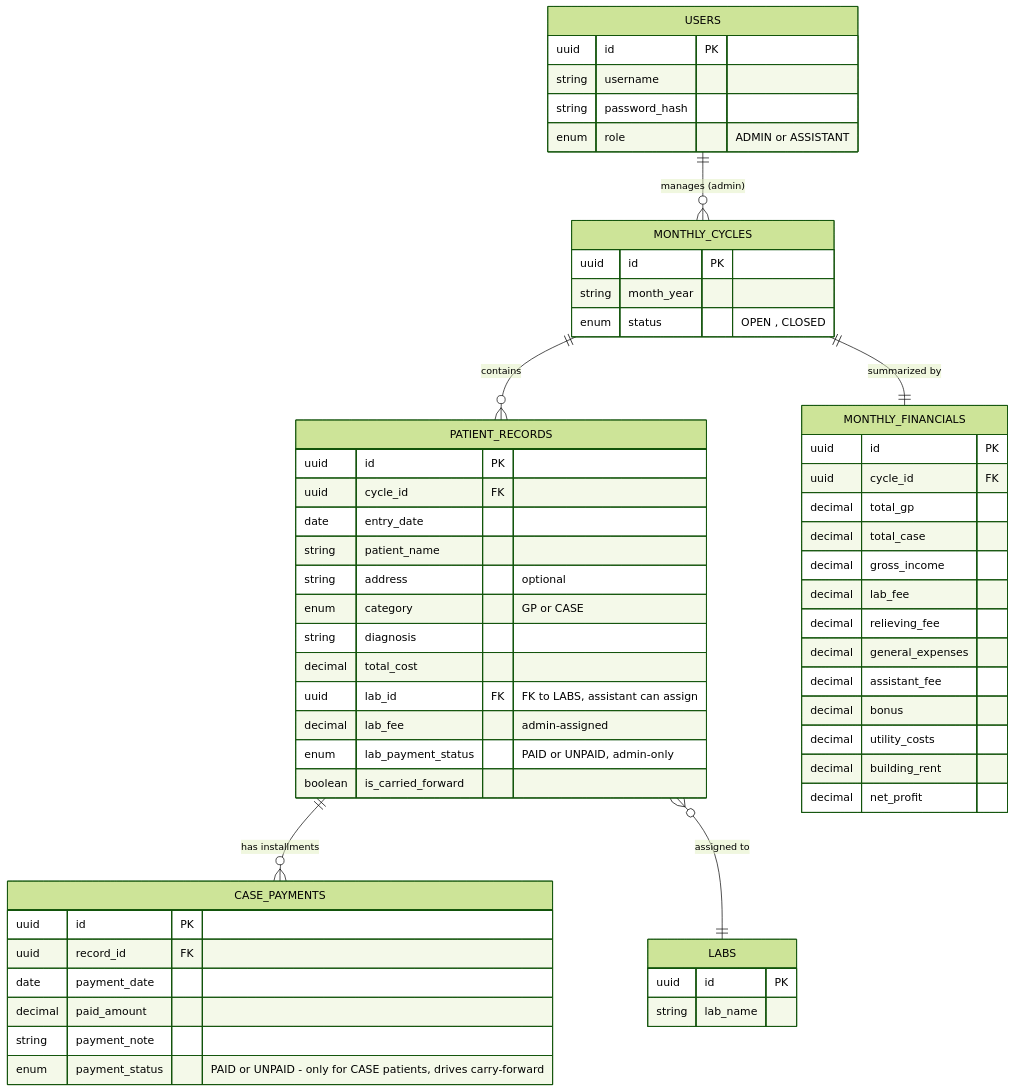
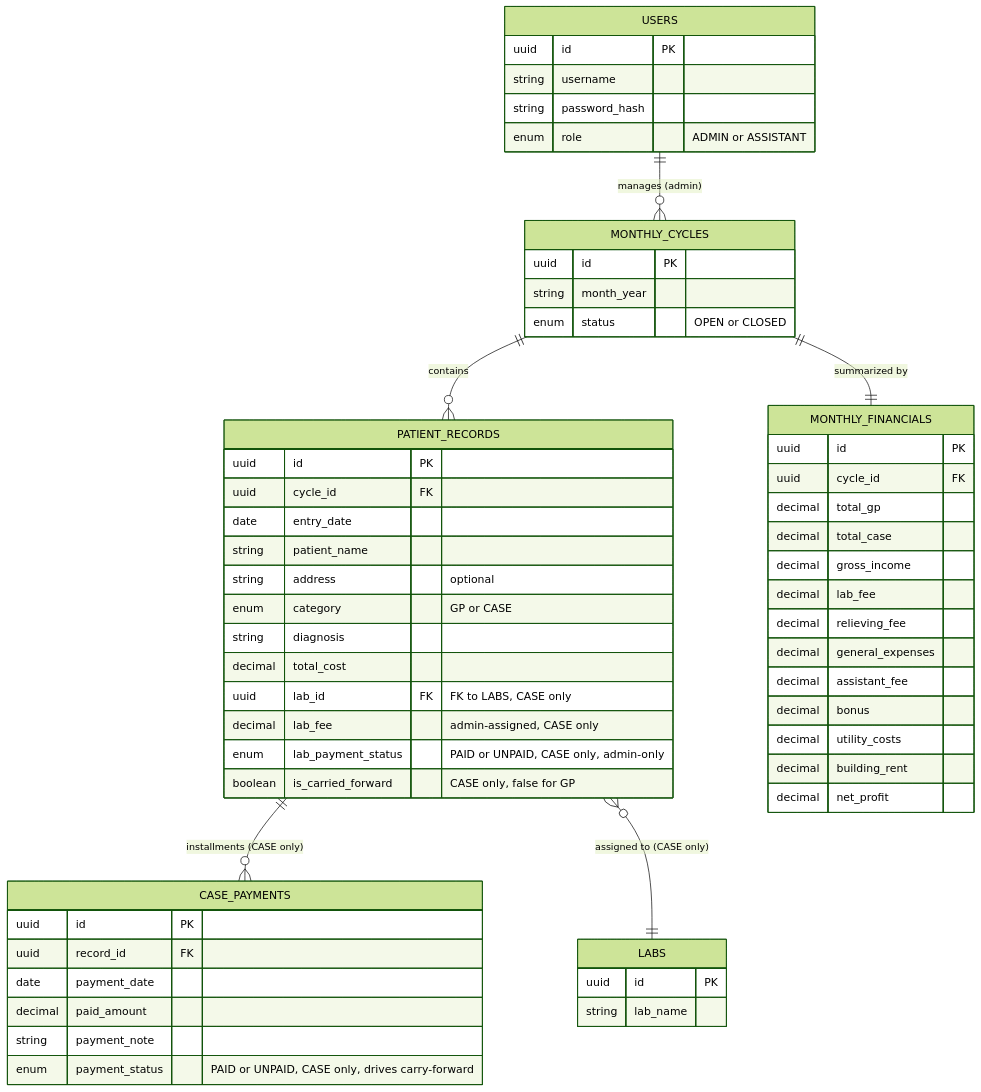
The diagram in df-dashboard/docs/dc-fms-erd.mmd (kaungmyatshwe1397/df-dashboard), drawn with Mermaid (forest theme) before and after one commit. The commit also changed 4 other files, not shown here.

Commit message:
feat: implement tabbed RecordTable component with GP and Case records

```diff
--- a/df-dashboard/docs/dc-fms-erd.mmd
+++ b/df-dashboard/docs/dc-fms-erd.mmd
@@ -1,64 +1,71 @@
 erDiagram
     USERS ||--o{ MONTHLY_CYCLES : "manages (admin)"
     MONTHLY_CYCLES ||--o{ PATIENT_RECORDS : "contains"
-    PATIENT_RECORDS ||--o{ CASE_PAYMENTS : "has installments"
-    PATIENT_RECORDS }o--|| LABS : "assigned to"
+    PATIENT_RECORDS ||--o{ CASE_PAYMENTS : "installments (CASE only)"
+    PATIENT_RECORDS }o--|| LABS : "assigned to (CASE only)"
     MONTHLY_CYCLES ||--|| MONTHLY_FINANCIALS : "summarized by"
 
     USERS {
         uuid id PK
         string username
         string password_hash
         enum role "ADMIN or ASSISTANT"
     }
 
     MONTHLY_CYCLES {
         uuid id PK
         string month_year
-        enum status "OPEN , CLOSED"
+        enum status "OPEN or CLOSED"
     }
 
     LABS {
         uuid id PK
         string lab_name
     }
 
     PATIENT_RECORDS {
         uuid id PK
         uuid cycle_id FK
         date entry_date
         string patient_name
         string address "optional"
         enum category "GP or CASE"
         string diagnosis
         decimal total_cost
-        uuid lab_id FK "FK to LABS, assistant can assign"
-        decimal lab_fee "admin-assigned"
-        enum lab_payment_status "PAID or UNPAID, admin-only"
-        boolean is_carried_forward
+        uuid lab_id FK "FK to LABS, CASE only"
+        decimal lab_fee "admin-assigned, CASE only"
+        enum lab_payment_status "PAID or UNPAID, CASE only, admin-only"
+        boolean is_carried_forward "CASE only, false for GP"
     }
 
     CASE_PAYMENTS {
         uuid id PK
         uuid record_id FK
         date payment_date
         decimal paid_amount
         string payment_note
-        enum payment_status "PAID or UNPAID - only for CASE patients, drives carry-forward"
+        enum payment_status "PAID or UNPAID, CASE only, drives carry-forward"
     }
 
     MONTHLY_FINANCIALS {
         uuid id PK
         uuid cycle_id FK
         decimal total_gp
         decimal total_case
         decimal gross_income
         decimal lab_fee
         decimal relieving_fee
         decimal general_expenses
         decimal assistant_fee
         decimal bonus
         decimal utility_costs
         decimal building_rent
         decimal net_profit
     }
+
+    %% UI Display Note:
+    %% Record table is split into two tabbed views:
+    %%   Tab 1: GP Records (entry_date, patient_name, diagnosis, total_cost)
+    %%   Tab 2: Case Records (entry_date, patient_name, diagnosis, total_cost, balance, status, carried-forward)
+    %% GP has no installments, no balance, no status column.
+    %% Case tracks installments via CASE_PAYMENTS, shows balance and status.
```
